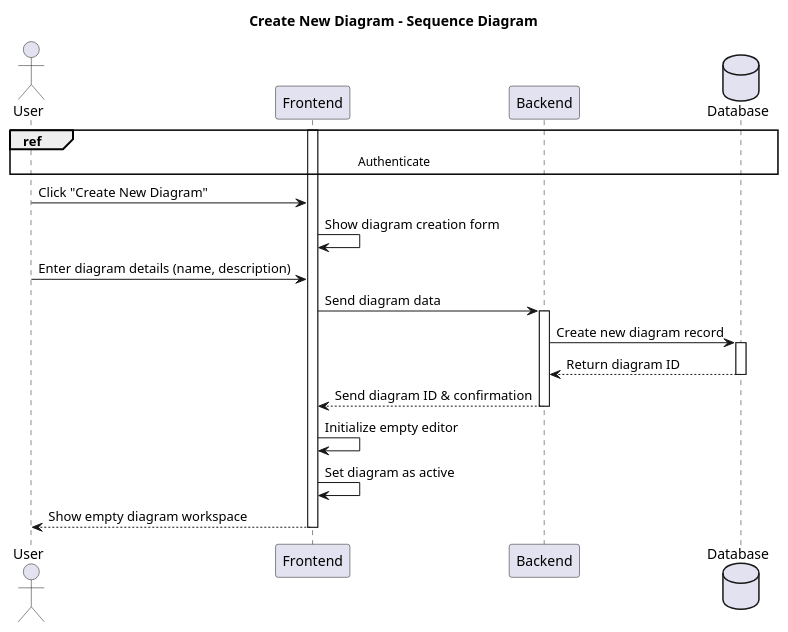
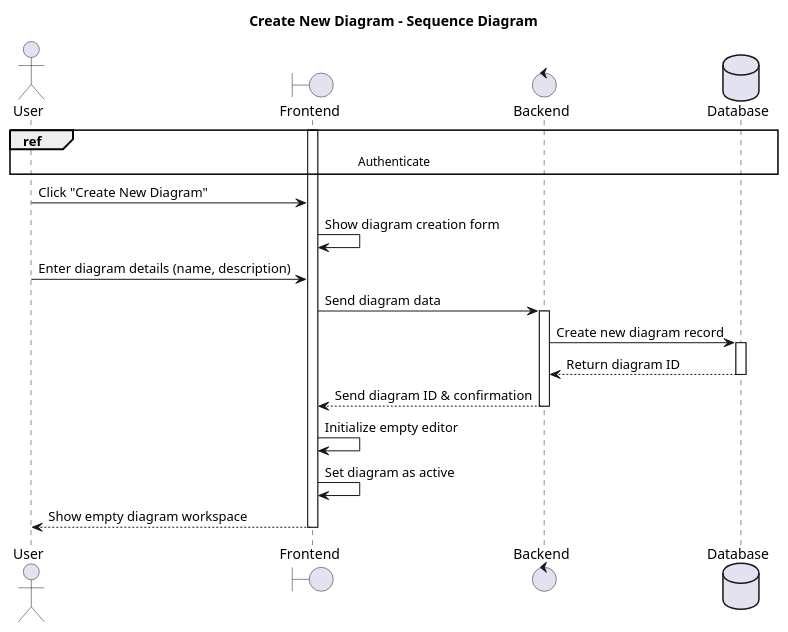
Before and after one commit to souhaib-askri/report_pfe: the diagram in conception/SprintIV/sequence_diagrams/sequence_diagramManagement_4_1_CreateNewDiagram.puml, drawn with PlantUML. The commit also changed 32 other files, not shown here.

```diff
--- a/conception/SprintIV/sequence_diagrams/sequence_diagramManagement_4_1_CreateNewDiagram.puml
+++ b/conception/SprintIV/sequence_diagrams/sequence_diagramManagement_4_1_CreateNewDiagram.puml
@@ -1,33 +1,33 @@
 @startuml
 title Create New Diagram - Sequence Diagram
 
 actor User
-participant Frontend
-participant Backend
+boundary Frontend
+control Backend
 database Database
 
 ref over User, Database: Authenticate
 
 activate Frontend
 
 User -> Frontend: Click "Create New Diagram"
 Frontend -> Frontend: Show diagram creation form
 
 User -> Frontend: Enter diagram details (name, description)
 Frontend -> Backend: Send diagram data
 activate Backend
 
 Backend -> Database: Create new diagram record
 activate Database
 Database --> Backend: Return diagram ID
 deactivate Database
 
 Backend --> Frontend: Send diagram ID & confirmation
 deactivate Backend
 
 Frontend -> Frontend: Initialize empty editor
 Frontend -> Frontend: Set diagram as active
 Frontend --> User: Show empty diagram workspace
 deactivate Frontend
 
 @enduml
```
